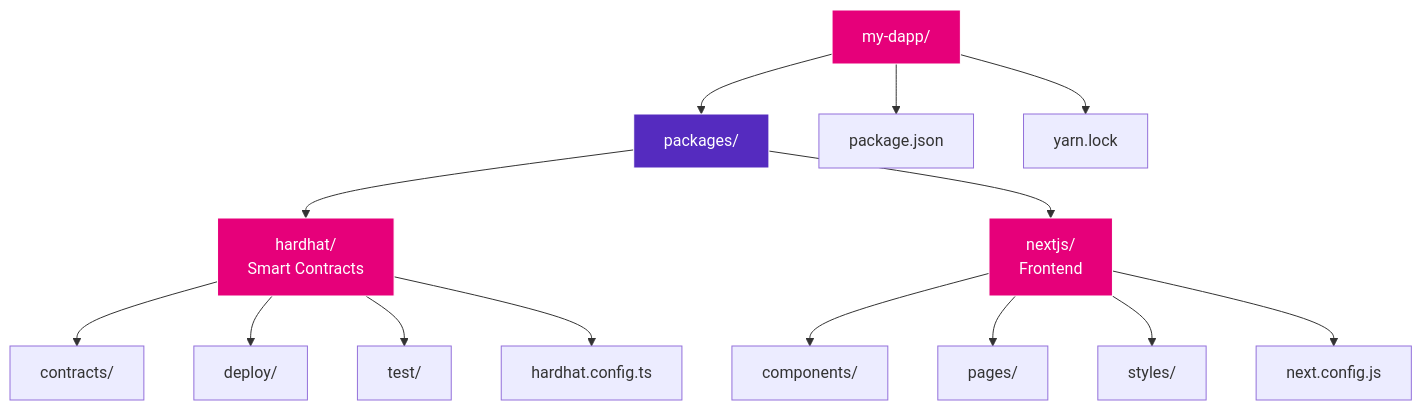
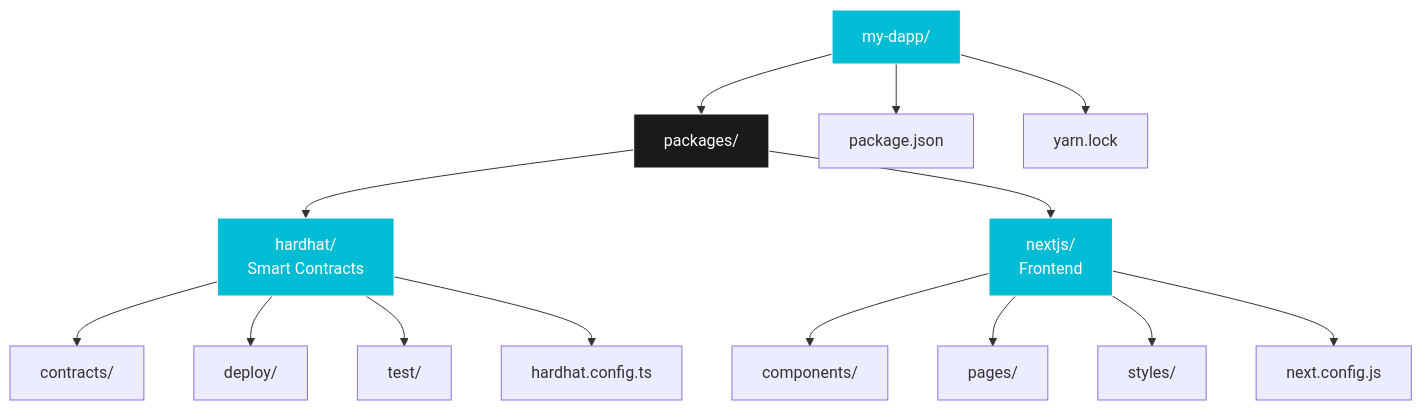
The fourth of 5 diagrams in slides/evm-tooling-development-setup.md (openguild-labs/polkadot-codecamp), drawn with Mermaid before and after one commit. The commit also changed other lines of this file and 6 other files, not shown here.

````diff
--- a/slides/evm-tooling-development-setup.md
+++ b/slides/evm-tooling-development-setup.md
@@ -844,26 +844,26 @@
 ```mermaid
 graph TB
     ROOT[my-dapp/]
 
     ROOT --> PKG[packages/]
     ROOT --> PJSON[package.json]
     ROOT --> YARN[yarn.lock]
 
     PKG --> HH[hardhat/<br/>Smart Contracts]
     PKG --> NJ[nextjs/<br/>Frontend]
 
     HH --> CONT[contracts/]
     HH --> DEP[deploy/]
     HH --> TEST[test/]
     HH --> CONF[hardhat.config.ts]
 
     NJ --> COMP[components/]
     NJ --> PAGE[pages/]
     NJ --> STYLE[styles/]
     NJ --> NEXT[next.config.js]
 
-    style ROOT fill:#E6007A,stroke:#fff,color:#fff
-    style PKG fill:#552BBF,stroke:#fff,color:#fff
-    style HH fill:#E6007A,stroke:#fff,color:#fff
-    style NJ fill:#E6007A,stroke:#fff,color:#fff
+    style ROOT fill:#00BCD4,stroke:#fff,color:#fff
+    style PKG fill:#1a1a1a,stroke:#fff,color:#fff
+    style HH fill:#00BCD4,stroke:#fff,color:#fff
+    style NJ fill:#00BCD4,stroke:#fff,color:#fff
 ```
````
